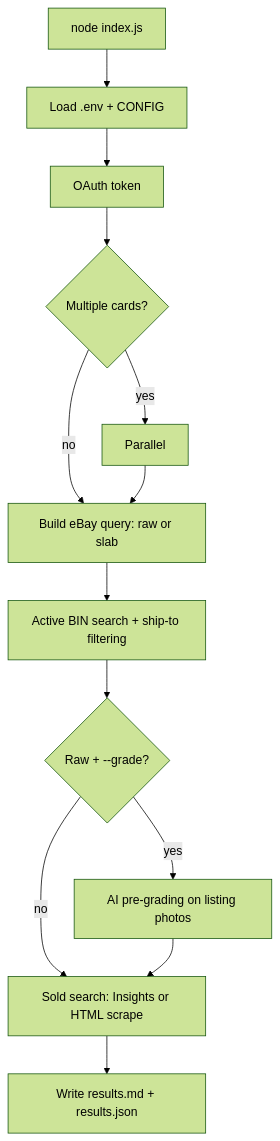
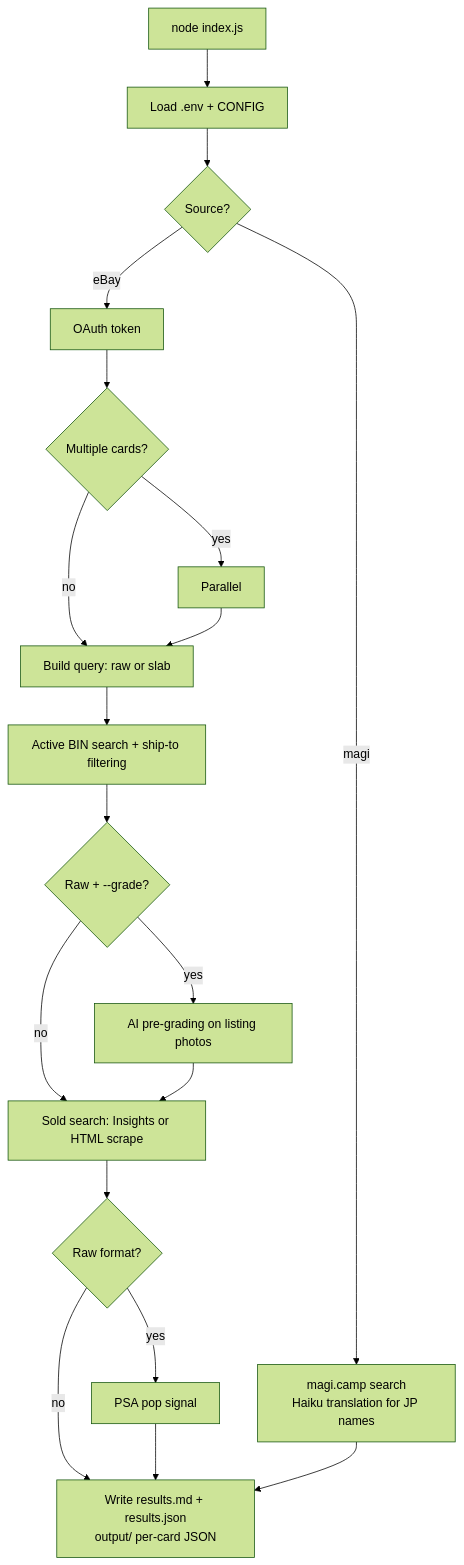
The diagram in README.md (Pyronewbic/casecomp), drawn with Mermaid (forest theme) before and after one commit. The commit also changed other lines of this file and 13 other files, not shown here.

Commit message:
move helpers to lib/, add PSA grading signal, rebrand to Casecomp

````diff
--- a/README.md
+++ b/README.md
@@ -113,15 +152,21 @@
 ```mermaid
 flowchart TD
   A[node index.js] --> B[Load .env + CONFIG]
-  B --> C[OAuth token]
-  C --> D{Multiple cards?}
-  D -->|yes| P[Parallel]
-  D -->|no| E
-  P --> E[Build eBay query: raw or slab]
-  E --> F[Active BIN search + ship-to filtering]
-  F --> G{Raw + --grade?}
-  G -->|yes| H[AI pre-grading on listing photos]
-  G -->|no| J[Sold search: Insights or HTML scrape]
-  H --> J
-  J --> I[Write results.md + results.json]
+  B --> C{Source?}
+  C -->|eBay| D[OAuth token]
+  C -->|magi| M[magi.camp search\nHaiku translation for JP names]
+  D --> E{Multiple cards?}
+  E -->|yes| P[Parallel]
+  E -->|no| F
+  P --> F[Build query: raw or slab]
+  F --> G[Active BIN search + ship-to filtering]
+  G --> H{Raw + --grade?}
+  H -->|yes| I[AI pre-grading on listing photos]
+  H -->|no| J[Sold search: Insights or HTML scrape]
+  I --> J
+  J --> K{Raw format?}
+  K -->|yes| L[PSA pop signal]
+  K -->|no| N
+  L --> N[Write results.md + results.json\noutput/ per-card JSON]
+  M --> N
 ```
````
